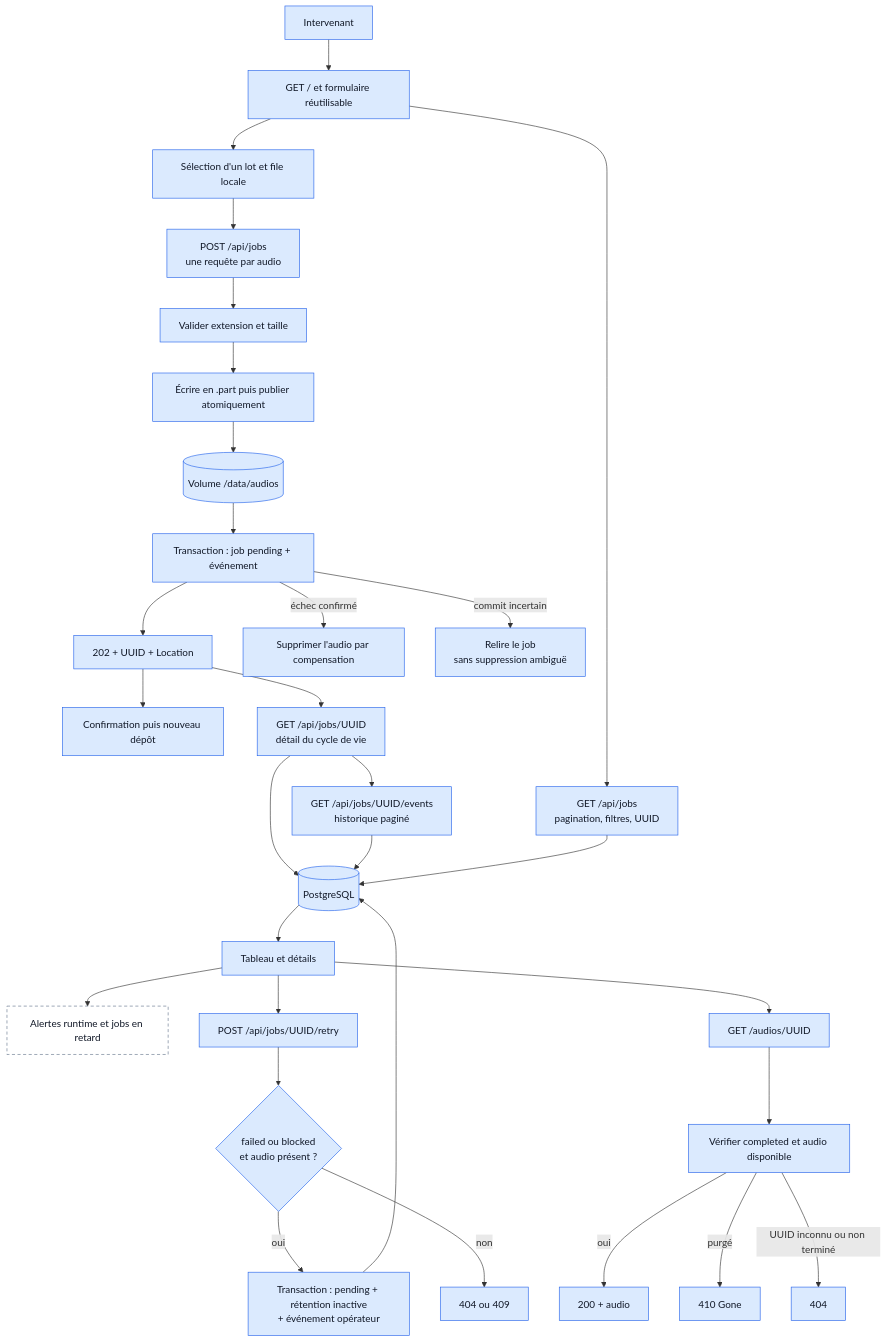
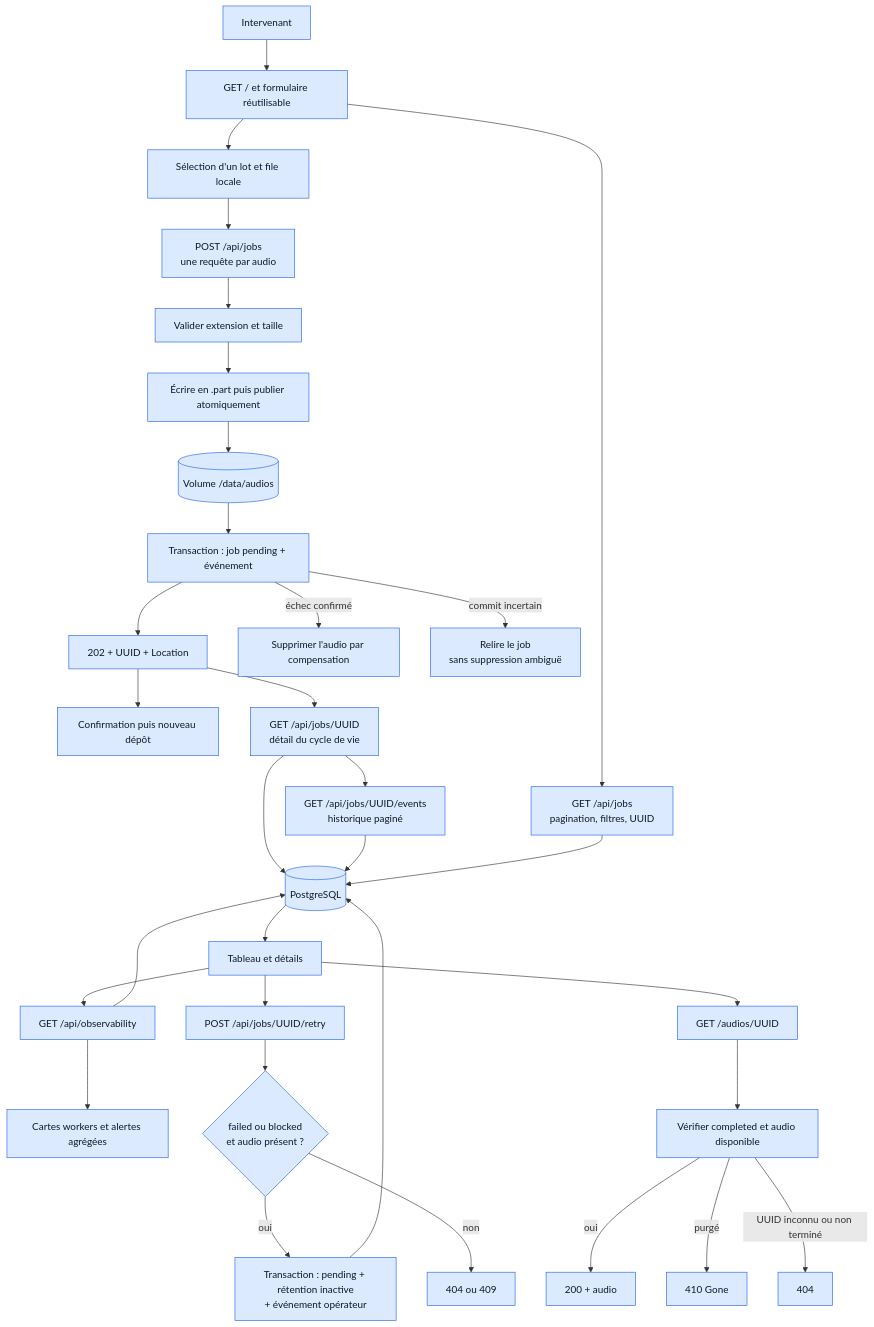
One commit to dev-vauclaire/mevo2glpi changed the third of 6 diagrams in docs/mvp-architecture.md. Above: the diagram before and after it, drawn with Mermaid. The commit also changed other lines of this file and 5 other files, not shown here.

````diff
--- a/docs/mvp-architecture.md
+++ b/docs/mvp-architecture.md
@@ -523,39 +562,41 @@
 ```mermaid
 flowchart TD
     User[Intervenant]:::implemented --> Home[GET / et formulaire réutilisable]:::implemented
     Home --> Batch[Sélection d'un lot et file locale]:::implemented
     Batch --> Post[POST /api/jobs<br/>une requête par audio]:::implemented
 
     Post --> Validate[Valider extension et taille]:::implemented
     Validate --> Atomic[Écrire en .part puis publier atomiquement]:::implemented
     Atomic --> Store[(Volume /data/audios)]:::implemented
     Store --> Insert[Transaction : job pending + événement]:::implemented
     Insert --> Accepted[202 + UUID + Location]:::implemented
     Accepted --> Confirm[Confirmation puis nouveau dépôt]:::implemented
     Insert -->|échec confirmé| Compensate[Supprimer l'audio par compensation]:::implemented
     Insert -->|commit incertain| Reconcile[Relire le job<br/>sans suppression ambiguë]:::implemented
 
     Home --> List[GET /api/jobs<br/>pagination, filtres, UUID]:::implemented
     Accepted --> Detail[GET /api/jobs/UUID<br/>détail du cycle de vie]:::implemented
     Detail --> Database[(PostgreSQL)]:::implemented
     Detail --> Events[GET /api/jobs/UUID/events<br/>historique paginé]:::implemented
     Events --> Database
     List --> Database
     Database --> Dashboard[Tableau et détails]:::implemented
-    Dashboard --> Alerts[Alertes runtime et jobs en retard]:::future
+    Dashboard --> Observe[GET /api/observability]:::implemented
+    Observe --> Alerts[Cartes workers et alertes agrégées]:::implemented
+    Observe --> Database
 
     Dashboard --> Retry[POST /api/jobs/UUID/retry]:::implemented
     Retry --> RetryGate{failed ou blocked<br/>et audio présent ?}:::implemented
     RetryGate -->|oui| Rearm[Transaction : pending + rétention inactive<br/>+ événement opérateur]:::implemented
     RetryGate -->|non| Conflict[404 ou 409]:::implemented
     Rearm --> Database
 
     Dashboard --> Download[GET /audios/UUID]:::implemented
     Download --> Gate[Vérifier completed et audio disponible]:::implemented
     Gate -->|oui| Audio[200 + audio]:::implemented
     Gate -->|purgé| Gone[410 Gone]:::implemented
     Gate -->|UUID inconnu ou non terminé| Missing[404]:::implemented
 
     classDef implemented fill:#dbeafe,stroke:#2563eb,color:#111827;
     classDef future fill:#fff,stroke:#64748b,color:#111827,stroke-dasharray:5 4;
 ```
````
